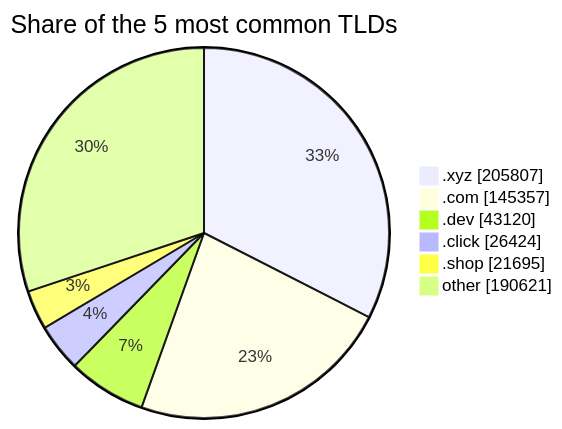
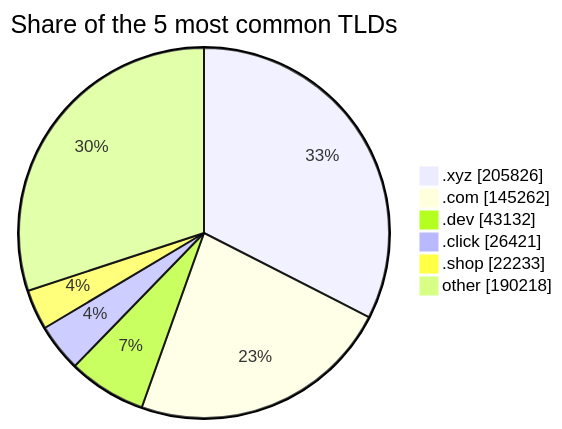
Before and after one commit to DNSBunker/CTI: the third of 3 diagrams in README.md, drawn with Mermaid. The commit also changed other lines of this file and 3 other files, not shown here.

````diff
--- a/README.md
+++ b/README.md
@@ -81,9 +81,9 @@
 ```mermaid
 pie showData title Share of the 5 most common TLDs
-    ".xyz" : 205807
-    ".com" : 145357
-    ".dev" : 43120
-    ".click" : 26424
-    ".shop" : 21695
-    "other" : 190621
+    ".xyz" : 205826
+    ".com" : 145262
+    ".dev" : 43132
+    ".click" : 26421
+    ".shop" : 22233
+    "other" : 190218
 ```
````
